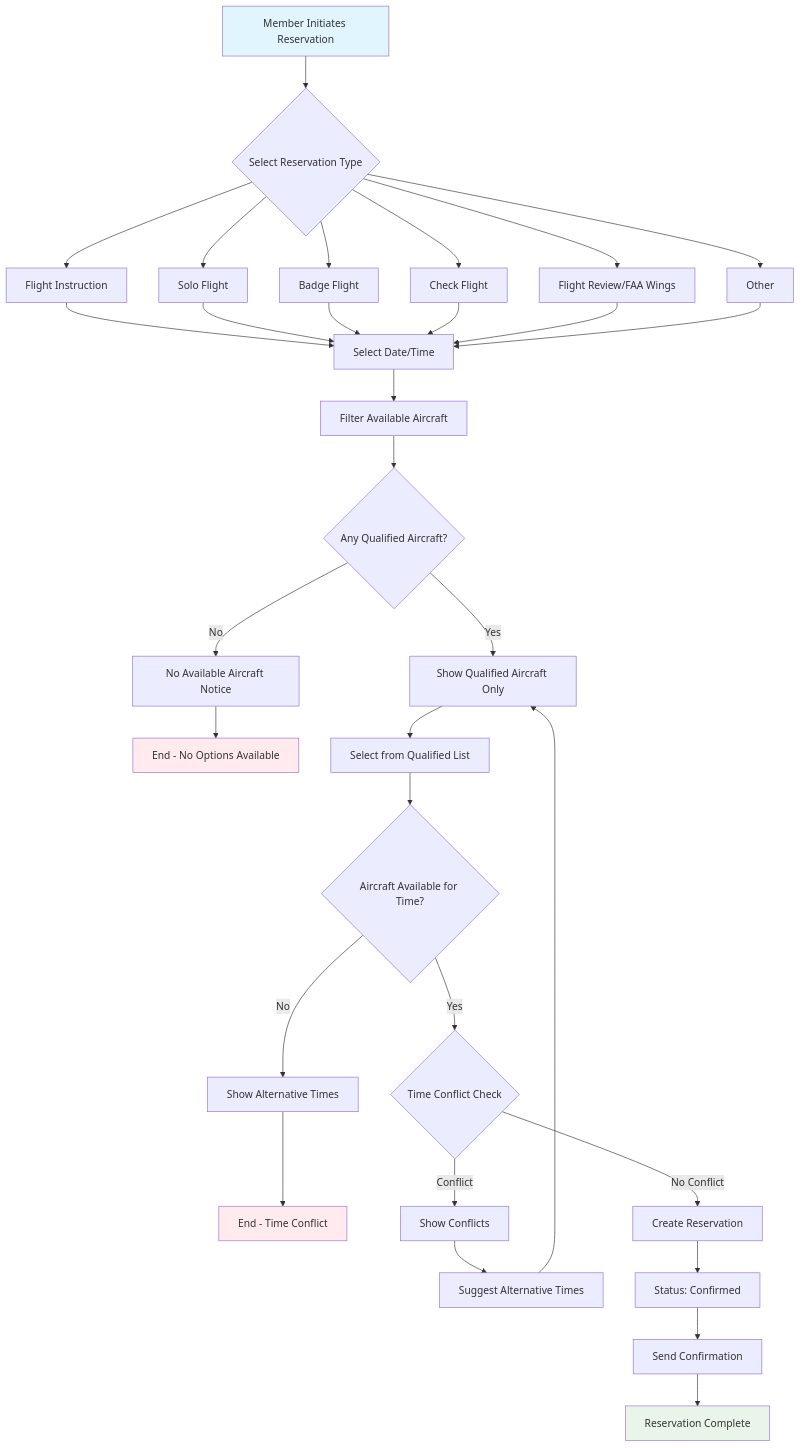
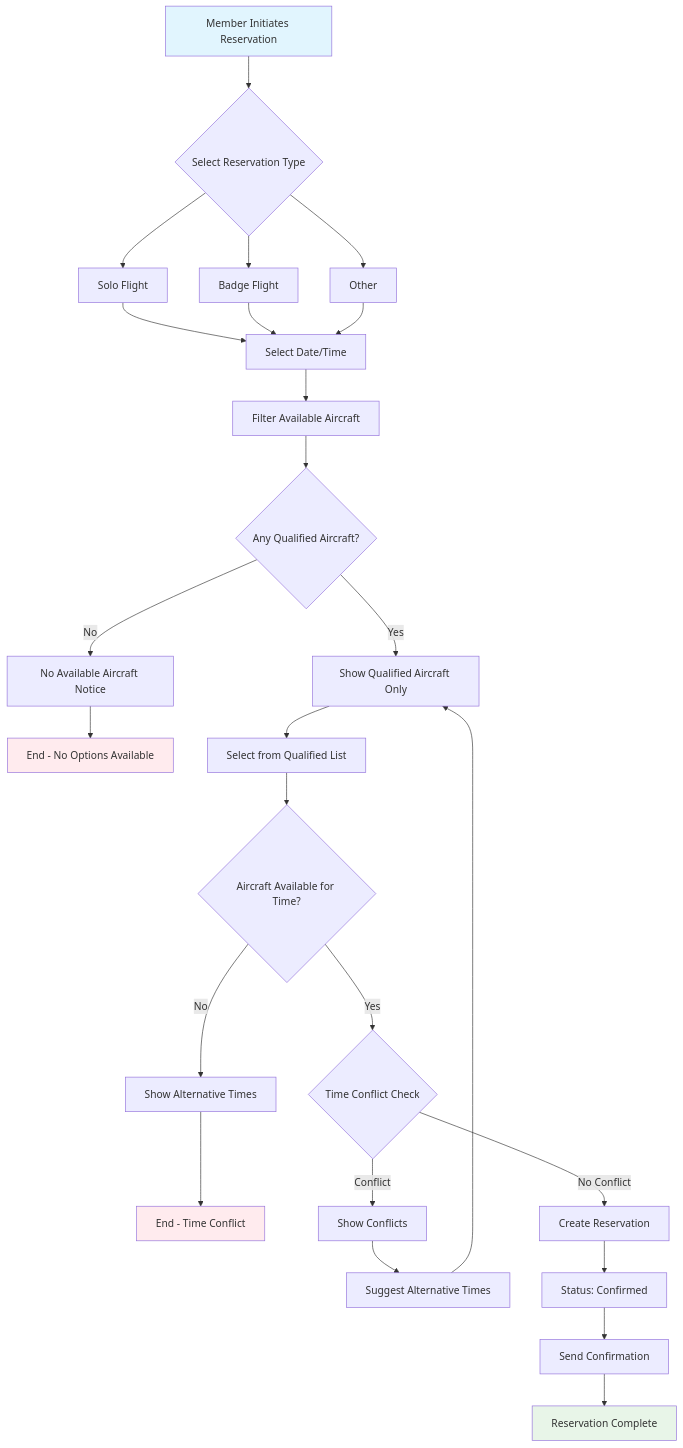
The first of 5 diagrams in docs/workflows/issue-190-glider-reservation-design.md (pietbarber/Manage2Soar), drawn with Mermaid before and after one commit. The commit also changed other lines of this file, not shown here.

Commit message:
Refactor glider reservation workflow to eliminate instructor involvement. Simplify reservation types to focus on solo and badge flights for fun flying only, ensuring immediate confirmation and streamlined processes without instructor scheduling.

````diff
--- a/docs/workflows/issue-190-glider-reservation-design.md
+++ b/docs/workflows/issue-190-glider-reservation-design.md
@@ -10,47 +10,41 @@
 ```mermaid
 flowchart TD
     A[Member Initiates Reservation] --> B{Select Reservation Type}
     
-    B --> C[Flight Instruction]
-    B --> D[Solo Flight]
-    B --> E[Badge Flight]
-    B --> F[Check Flight]
-    B --> G[Flight Review/FAA Wings]
-    B --> H[Other]
+    B --> C[Solo Flight]
+    B --> D[Badge Flight] 
+    B --> E[Other]
     
-    C --> I[Select Date/Time]
-    D --> I
-    E --> I
-    F --> I
-    G --> I
-    H --> I
+    C --> F[Select Date/Time]
+    D --> F
+    E --> F
     
-    I --> J[Filter Available Aircraft]
-    J --> K{Any Qualified Aircraft?}
+    F --> G[Filter Available Aircraft]
+    G --> H{Any Qualified Aircraft?}
     
-    K -->|No| L[No Available Aircraft Notice]
-    L --> M[End - No Options Available]
+    H -->|No| I[No Available Aircraft Notice]
+    I --> J[End - No Options Available]
     
-    K -->|Yes| N[Show Qualified Aircraft Only]
-    N --> O[Select from Qualified List]
-    O --> P{Aircraft Available for Time?}
+    H -->|Yes| K[Show Qualified Aircraft Only]
+    K --> L[Select from Qualified List]
+    L --> M{Aircraft Available for Time?}
     
-    P -->|No| Q[Show Alternative Times]
-    Q --> R[End - Time Conflict]
+    M -->|No| N[Show Alternative Times]
+    N --> O[End - Time Conflict]
     
-    P -->|Yes| S{Time Conflict Check}
-    S -->|Conflict| T[Show Conflicts]
-    T --> U[Suggest Alternative Times]
-    U --> N
+    M -->|Yes| P{Time Conflict Check}
+    P -->|Conflict| Q[Show Conflicts]
+    Q --> R[Suggest Alternative Times]
+    R --> K
     
-    S -->|No Conflict| V[Create Reservation]
+    P -->|No Conflict| S[Create Reservation]
     
-    V --> W[Status: Confirmed]
-    W --> X[Send Confirmation]
-    X --> Y[Reservation Complete]
+    S --> T[Status: Confirmed]
+    T --> U[Send Confirmation]
+    U --> V[Reservation Complete]
     
     style A fill:#e1f5fe
-    style Y fill:#e8f5e8
-    style M fill:#ffebee
-    style R fill:#ffebee
+    style V fill:#e8f5e8
+    style J fill:#ffebee
+    style O fill:#ffebee
 ```
````
